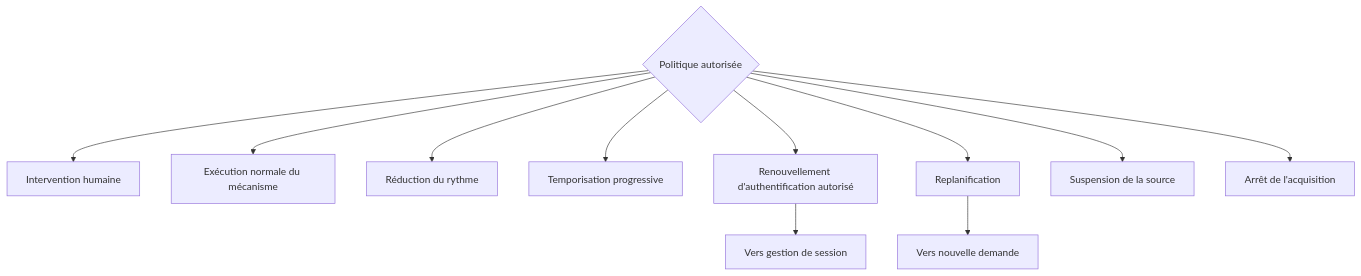
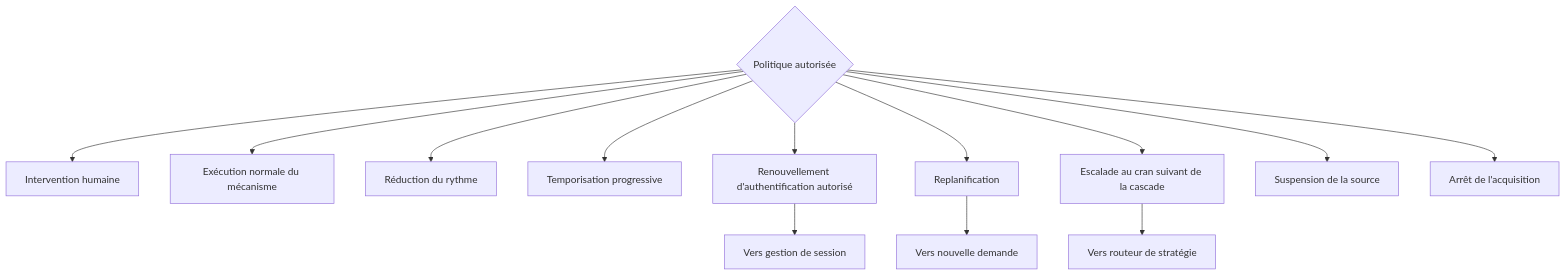
The fourth of 6 diagrams in docs/05-protections-reaction.md (adrien-vo-semifir/na-web-scraping), drawn with Mermaid before and after one commit. The commit also changed other lines of this file and 14 other files, not shown here.

````diff
--- a/docs/05-protections-reaction.md
+++ b/docs/05-protections-reaction.md
@@ -107,14 +109,16 @@
 ```mermaid
 flowchart TB
     POLICY{Politique autorisée}
     POLICY --> MANUAL[Intervention humaine]
     POLICY --> HONOR[Exécution normale du mécanisme]
     POLICY --> SLOW[Réduction du rythme]
     POLICY --> BACK[Temporisation progressive]
     POLICY --> REAUTH[Renouvellement d'authentification autorisé]
     POLICY --> RESCHED[Replanification]
+    POLICY --> ESCAL[Escalade au cran suivant de la cascade]
     POLICY --> SUSPEND[Suspension de la source]
     POLICY --> STOP[Arrêt de l'acquisition]
     REAUTH --> SESSION[Vers gestion de session]
     RESCHED --> TASK[Vers nouvelle demande]
+    ESCAL --> ROUTER[Vers routeur de stratégie]
 ```
````
